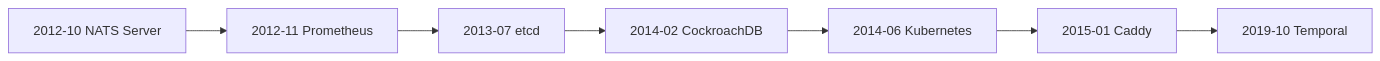
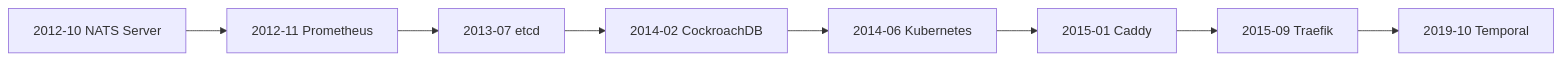
Before and after one commit to jaeyoung0509/golang-conccurency-patterns: the diagram in docs/ko/production/go-open-source-histories.md, drawn with Mermaid. The commit also changed other lines of this file and 7 other files, not shown here.

````diff
--- a/docs/ko/production/go-open-source-histories.md
+++ b/docs/ko/production/go-open-source-histories.md
@@ -32,9 +32,10 @@
 ```mermaid
 flowchart LR
     A["2012-10 NATS Server"] --> B["2012-11 Prometheus"]
     B --> C["2013-07 etcd"]
     C --> D["2014-02 CockroachDB"]
     D --> E["2014-06 Kubernetes"]
     E --> F["2015-01 Caddy"]
-    F --> G["2019-10 Temporal"]
+    F --> G["2015-09 Traefik"]
+    G --> H["2019-10 Temporal"]
 ```
````
